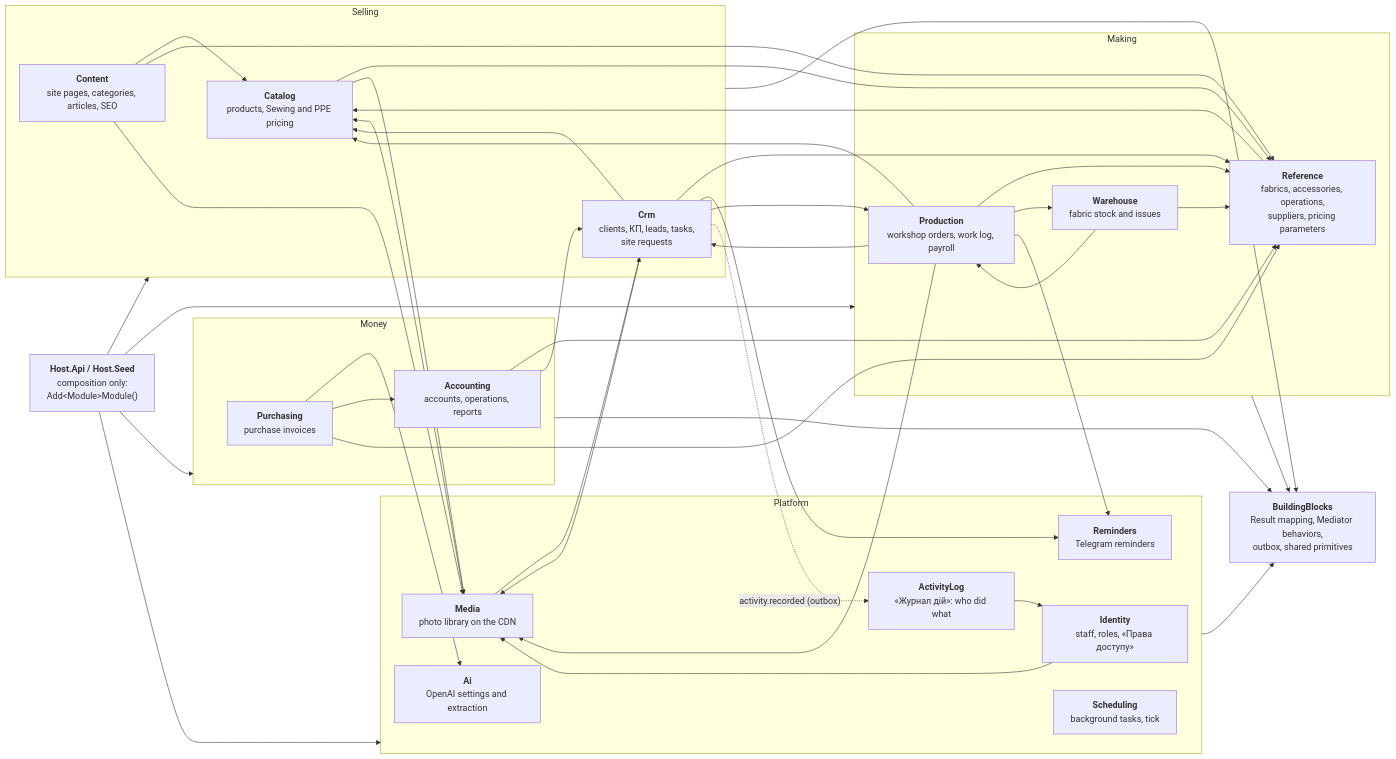
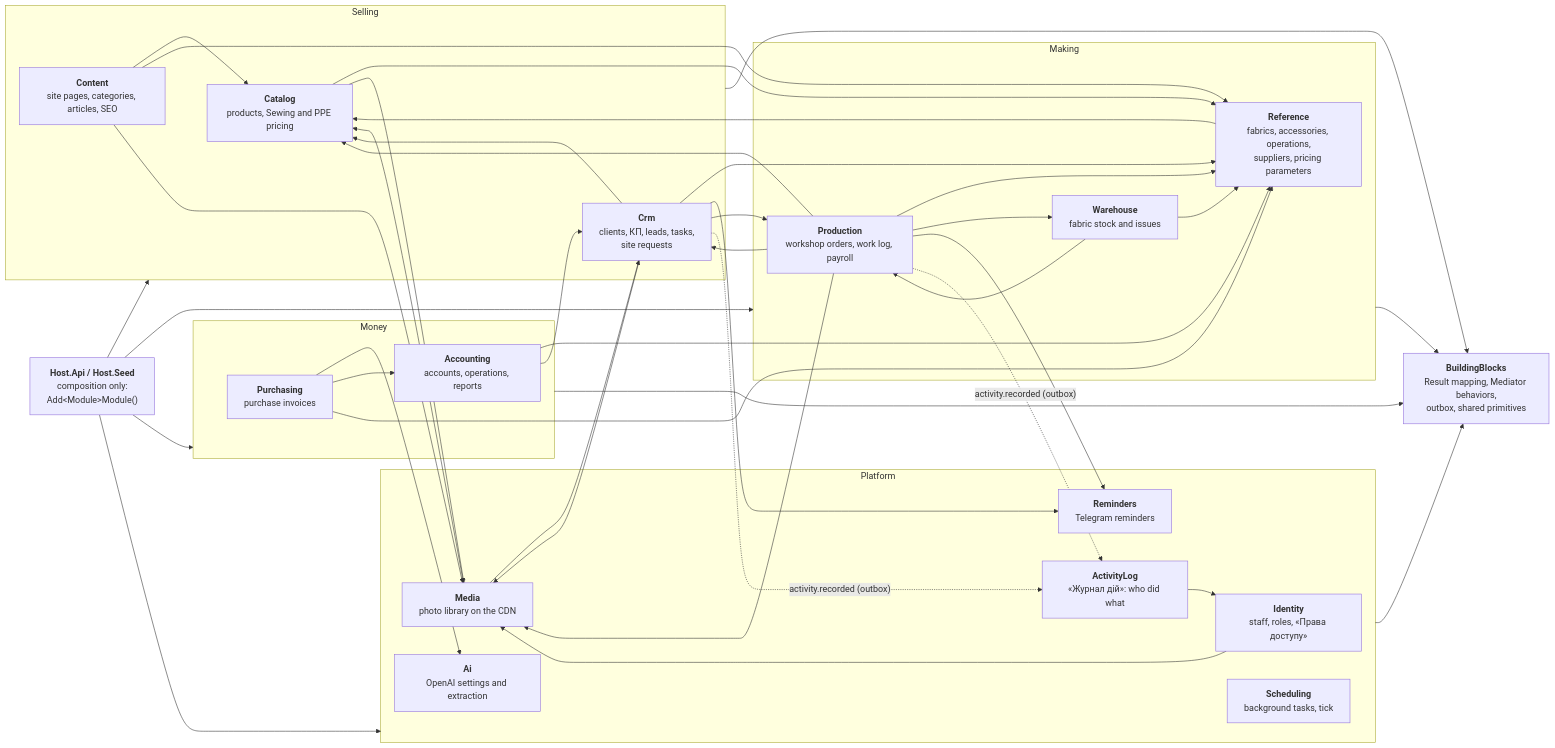
Before and after one commit to Weretik/BreviERP: the third of 4 diagrams in docs/sdd/architecture/c4/README.md, drawn with Mermaid. The commit also changed 57 other files, not shown here.

First line of the commit message:
Record Production staff actions in the activity log

````diff
--- a/docs/sdd/architecture/c4/README.md
+++ b/docs/sdd/architecture/c4/README.md
@@ -81,47 +81,47 @@
 ```mermaid
 flowchart LR
     host["<b>Host.Api / Host.Seed</b><br/>composition only:<br/>Add&lt;Module&gt;Module()"]
 
     subgraph sales["Selling"]
         catalog["<b>Catalog</b><br/>products, Sewing and PPE pricing"]
         crm["<b>Crm</b><br/>clients, КП, leads, tasks,<br/>site requests"]
         content["<b>Content</b><br/>site pages, categories, articles, SEO"]
     end
 
     subgraph make["Making"]
         production["<b>Production</b><br/>workshop orders, work log, payroll"]
         warehouse["<b>Warehouse</b><br/>fabric stock and issues"]
         reference["<b>Reference</b><br/>fabrics, accessories, operations,<br/>suppliers, pricing parameters"]
     end
 
     subgraph money["Money"]
         accounting["<b>Accounting</b><br/>accounts, operations, reports"]
         purchasing["<b>Purchasing</b><br/>purchase invoices"]
     end
 
     subgraph platform["Platform"]
         identity["<b>Identity</b><br/>staff, roles, «Права доступу»"]
         media["<b>Media</b><br/>photo library on the CDN"]
         ai["<b>Ai</b><br/>OpenAI settings and extraction"]
         reminders["<b>Reminders</b><br/>Telegram reminders"]
         scheduling["<b>Scheduling</b><br/>background tasks, tick"]
         activitylog["<b>ActivityLog</b><br/>«Журнал дій»: who did what"]
     end
 
     bb["<b>BuildingBlocks</b><br/>Result mapping, Mediator behaviors,<br/>outbox, shared primitives"]
 
     host --> sales & make & money & platform
     crm --> catalog & reference & media & reminders & production
     production --> catalog & reference & media & warehouse & reminders & crm
     warehouse --> production & reference
     purchasing --> ai & accounting & reference
     content --> catalog & reference & media
     catalog --> reference & media
     accounting --> reference & crm
     reference --> catalog
     media --> catalog & crm
     identity --> media
     activitylog --> identity
-    crm -. "activity.recorded (outbox)" .-> activitylog
+    crm & production -. "activity.recorded (outbox)" .-> activitylog
     sales & make & money & platform --> bb
 ```
````
